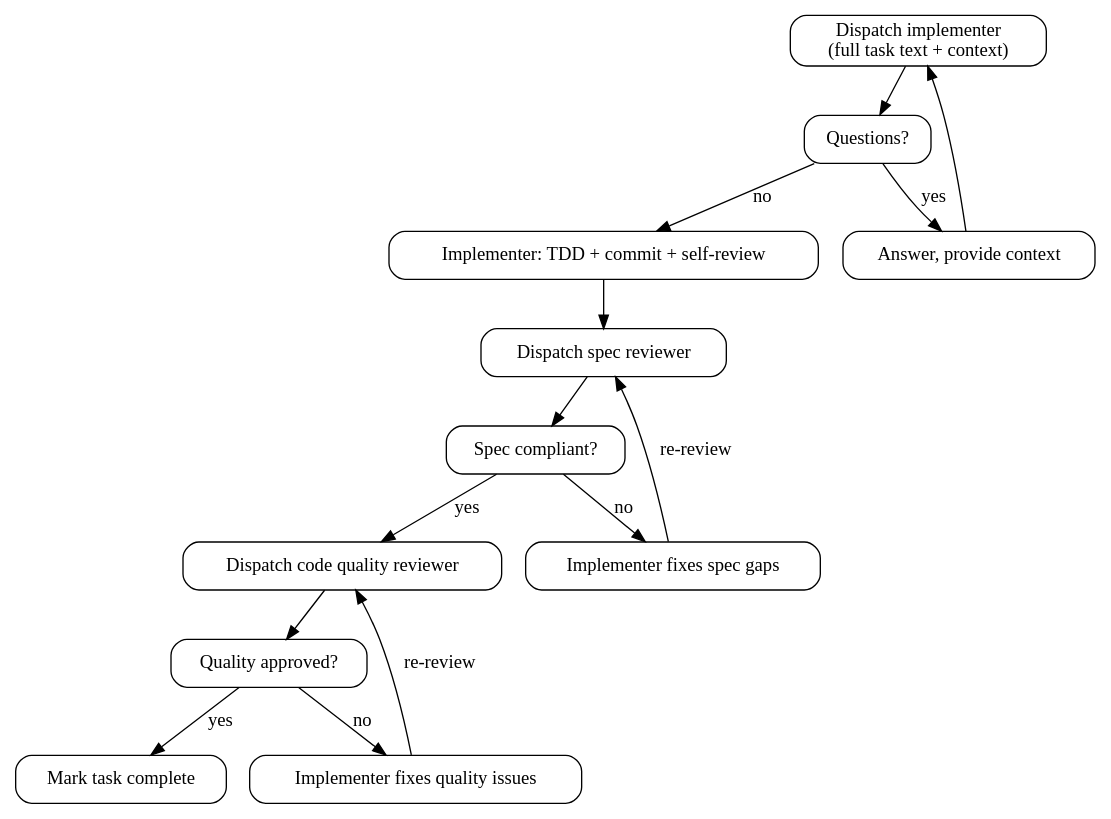
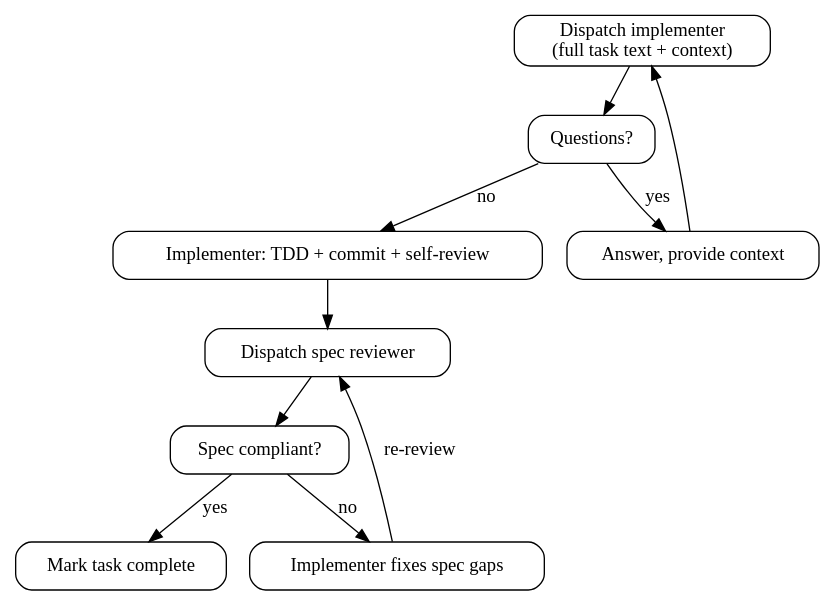
The second of 3 diagrams in skills/ddd-develop/SKILL.md (litecore-ai/ddd-coding-skills), drawn with Graphviz before and after one commit. The commit also changed other lines of this file and 3 other files, not shown here.

First line of the commit message:
refactor(ddd-develop): drop per-task quality reviewer; audit fixes CRIT/HIGH only

````diff
--- a/skills/ddd-develop/SKILL.md
+++ b/skills/ddd-develop/SKILL.md
@@ -496,32 +496,25 @@
 ```dot
 digraph per_task {
   rankdir=TB;
   node [shape=box, style=rounded];
 
   dispatch [label="Dispatch implementer\n(full task text + context)"];
   questions [label="Questions?"];
   answer [label="Answer, provide context"];
   implement [label="Implementer: TDD + commit + self-review"];
   spec_review [label="Dispatch spec reviewer"];
   spec_pass [label="Spec compliant?"];
   spec_fix [label="Implementer fixes spec gaps"];
-  quality_review [label="Dispatch code quality reviewer"];
-  quality_pass [label="Quality approved?"];
-  quality_fix [label="Implementer fixes quality issues"];
   done [label="Mark task complete"];
 
   dispatch -> questions;
   questions -> answer [label="yes"];
   answer -> dispatch;
   questions -> implement [label="no"];
   implement -> spec_review;
   spec_review -> spec_pass;
   spec_pass -> spec_fix [label="no"];
   spec_fix -> spec_review [label="re-review"];
-  spec_pass -> quality_review [label="yes"];
-  quality_review -> quality_pass;
-  quality_pass -> quality_fix [label="no"];
-  quality_fix -> quality_review [label="re-review"];
-  quality_pass -> done [label="yes"];
+  spec_pass -> done [label="yes"];
 }
 ```
````
